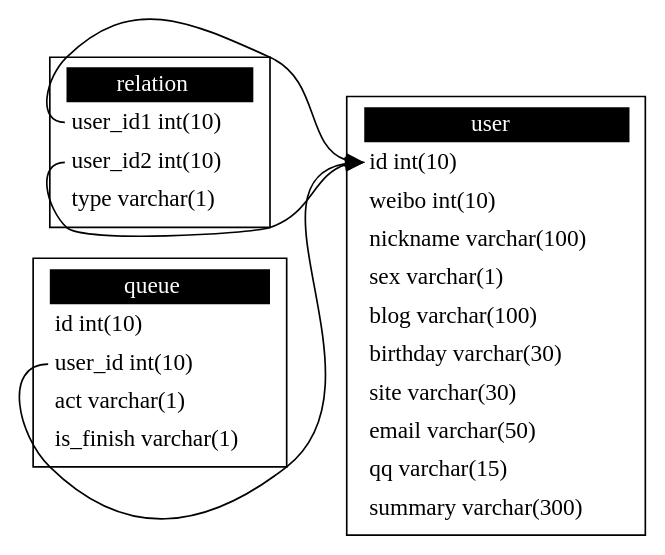
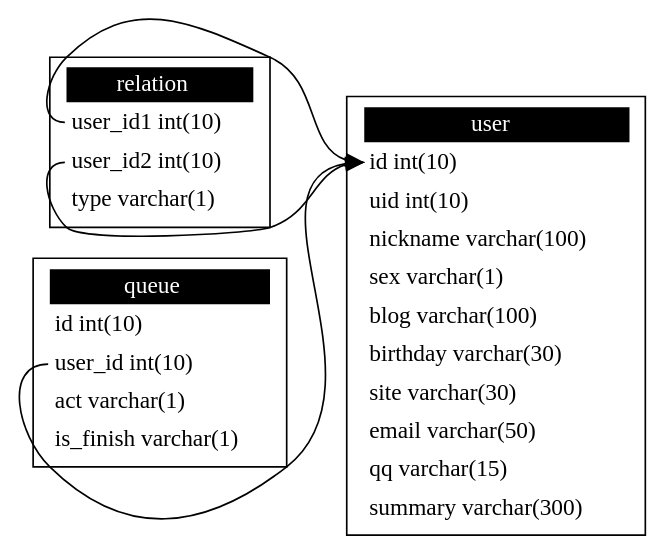
Before and after one commit to Lupino/weibo-relationship: the diagram in weibo.dot, drawn with Graphviz. The commit also changed 1 other file, not shown here.

```diff
--- a/weibo.dot
+++ b/weibo.dot
@@ -1,56 +1,56 @@
 digraph G {
 	graph [layout=dot rankdir=LR]
 
     subgraph database{
         node [shape="box", fontname="OpenDyslexic"]
 
         user [label=<<table border="0" cellborder="0" cellpadding="3">
             <tr><td bgcolor="black" align="center" colspan="2"><font color="white">user</font></td></tr>
             <tr><td align="left" port="id">id int(10)</td></tr>
-            <tr><td align="left" port="weibo">weibo int(10)</td></tr>
+            <tr><td align="left" port="uid">uid int(10)</td></tr>
             <tr><td align="left" port="nickname">nickname varchar(100)</td></tr>
             <tr><td align="left" port="sex">sex varchar(1)</td></tr>
             <tr><td align="left" port="blog">blog varchar(100)</td></tr>
             <tr><td align="left" port="birthday">birthday varchar(30)</td></tr>
             <tr><td align="left" port="site">site varchar(30)</td></tr>
             <tr><td align="left" port="email">email varchar(50)</td></tr>
             <tr><td align="left" port="qq">qq varchar(15)</td></tr>
             <tr><td align="left" port="summary">summary varchar(300)</td></tr>
             </table>>]
 
         relation [label=<<table border="0" cellborder="0" cellpadding="3">
             <tr><td bgcolor="black" align="center" colspan="2"><font color="white">relation</font></td></tr>
             <tr><td align="left" port="user_id1">user_id1 int(10)</td></tr>
             <tr><td align="left" port="user_id2">user_id2 int(10)</td></tr>
             <tr><td align="left" port="type">type varchar(1)</td></tr>
             </table>>]
 
 
         queue [label=<<table border="0" cellborder="0" cellpadding="3">
             <tr><td bgcolor="black" align="center" colspan="2"><font color="white">queue</font></td></tr>
             <tr><td align="left" port="id">id int(10)</td></tr>
             <tr><td align="left" port="user_id">user_id int(10)</td></tr>
             <tr><td align="left" port="act">act varchar(1)</td></tr>
             <tr><td align="left" port="is_finish">is_finish varchar(1)</td></tr>
             </table>>]
 
         relation:user_id1 -> user:id
         relation:user_id2 -> user:id
         queue:user_id -> user:id
     }
 
 //     subgraph process{
 //         robot[label="Robot"]
 //         weibo[label="Weibo"]
 //         profile[label="Profile"]
 //         fans[label="Fans"]
 //         follow[label="Follow"]
 //         friends[label="Friends"]
 //         robot -> weibo[label="login"]
 //         weibo -> profile[label="Get"]
 //         weibo -> follow[label="Get"]
 //         weibo -> fans[label="Get"]
 //         {fans follow} -> friends
 //         friends -> weibo
 //     }
 }
```
